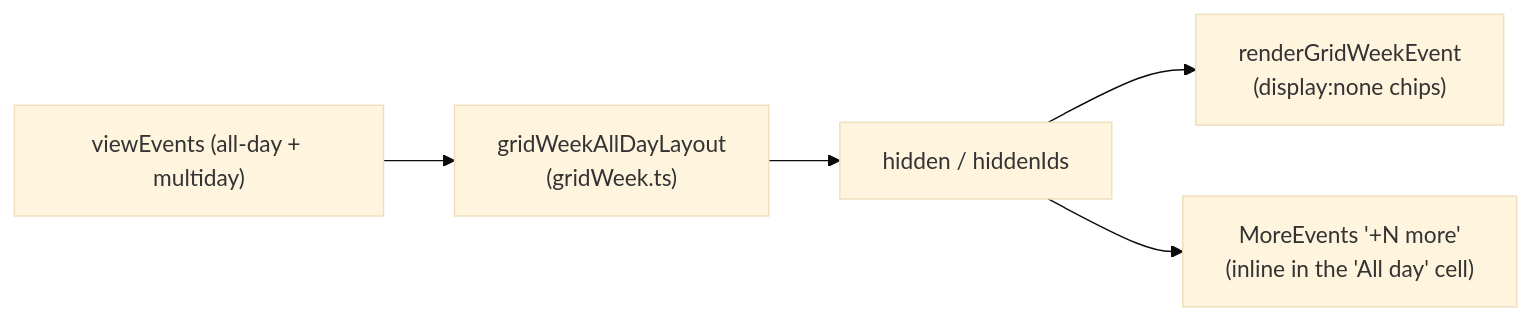
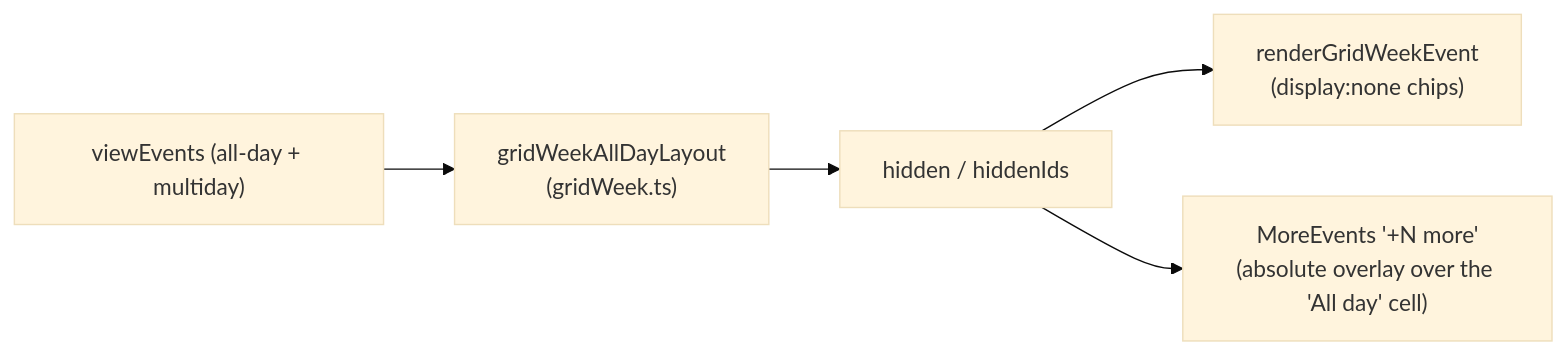
One commit to oncloudnintynineone-source/cloudy2 changed the fifth of 7 diagrams in docs/dashboard-views.md. Above: the diagram before and after it, drawn with Mermaid (base theme). The commit also changed other lines of this file and 22 other files, not shown here.

Commit message:
docs: sync mermaid diagrams with current code, fix diagram syntax errors

````diff
--- a/docs/dashboard-views.md
+++ b/docs/dashboard-views.md
@@ -600,7 +600,7 @@
 ```mermaid
 flowchart LR
  E["viewEvents (all-day + multiday)"] --> L["gridWeekAllDayLayout<br/>(gridWeek.ts)"]
  L --> H["hidden / hiddenIds"]
  H --> S["renderGridWeekEvent<br/>(display:none chips)"]
- H --> P["MoreEvents '+N more'<br/>(inline in the 'All day' cell)"]
+ H --> P["MoreEvents '+N more'<br/>(absolute overlay over the 'All day' cell)"]
 ```
````
